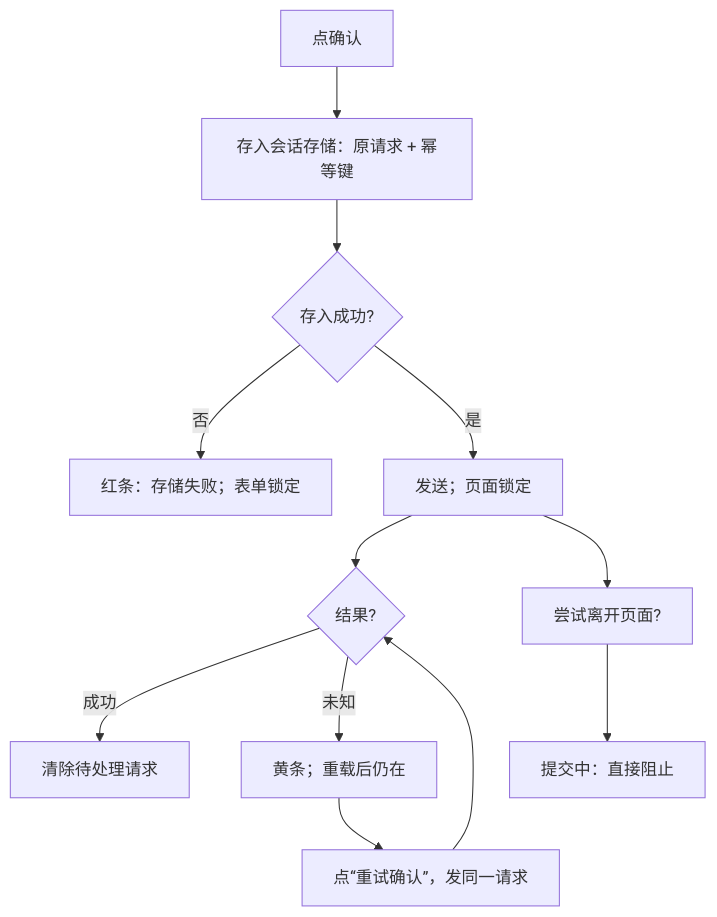
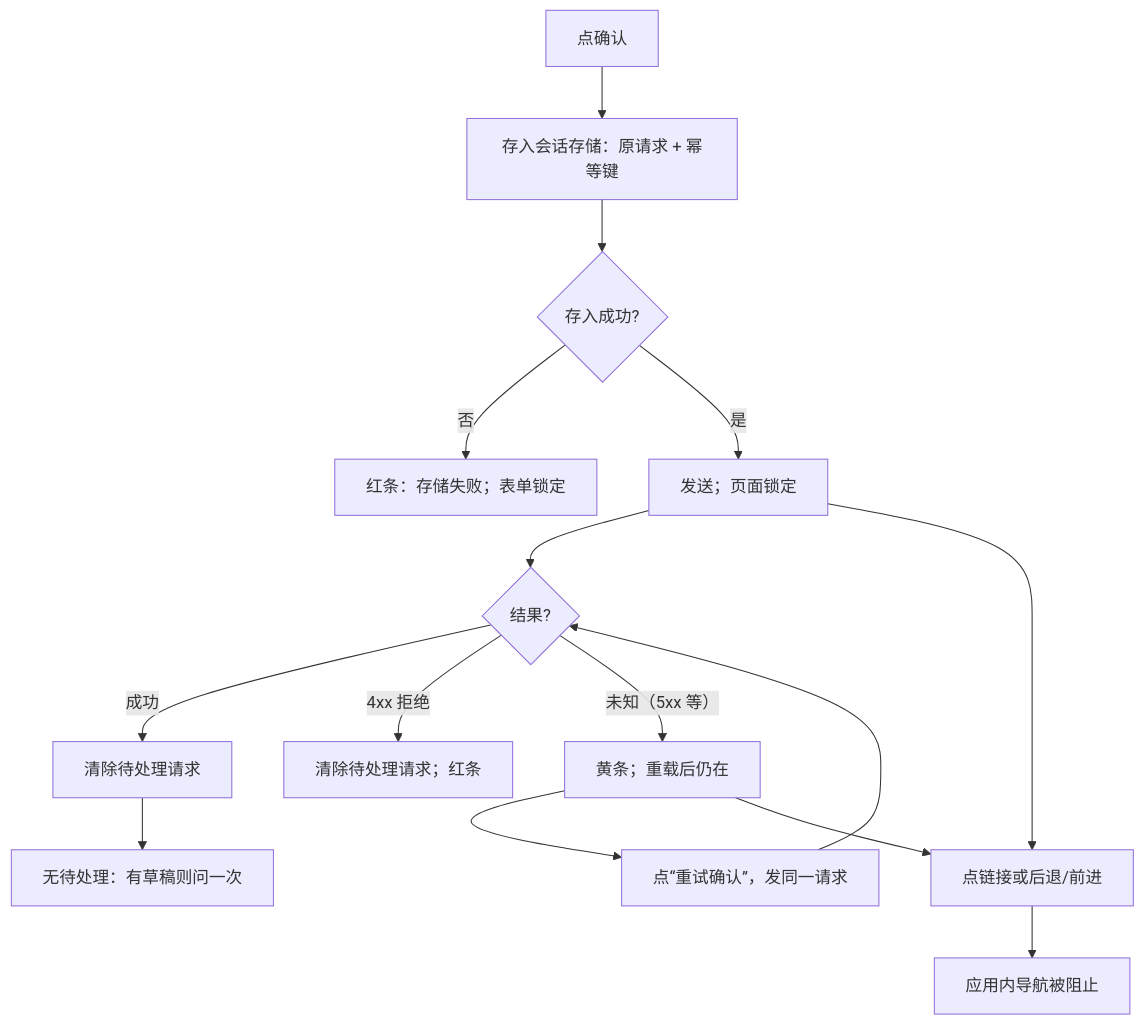
One commit to lingshf/ai-native-erp changed the fifth of 5 diagrams in docs/flows/settlement-flow.md. Above: the diagram before and after it, drawn with Mermaid. The commit also changed other lines of this file and 2 other files, not shown here.

Commit message:
docs(KDOC-06): align settlement flow with v0.21.0 tag; mark AI usage cell partial

````diff
--- a/docs/flows/settlement-flow.md
+++ b/docs/flows/settlement-flow.md
@@ -68,14 +88,17 @@
 ```mermaid
 flowchart TD
   A["点确认"] --> B["存入会话存储：原请求 + 幂等键"]
   B --> C{"存入成功?"}
   C -- 否 --> D["红条：存储失败；表单锁定"]
   C -- 是 --> E["发送；页面锁定"]
   E --> F{"结果?"}
   F -- 成功 --> G["清除待处理请求"]
-  F -- 未知 --> H["黄条；重载后仍在"]
+  F -- "4xx 拒绝" --> N["清除待处理请求；红条"]
+  F -- "未知（5xx 等）" --> H["黄条；重载后仍在"]
   H --> I["点“重试确认”，发同一请求"]
   I --> F
-  E --> J["尝试离开页面?"]
-  J --> K["提交中：直接阻止"]
+  E --> J["点链接或后退/前进"]
+  H --> J
+  J --> K["应用内导航被阻止"]
+  G --> O["无待处理：有草稿则问一次"]
 ```
````
